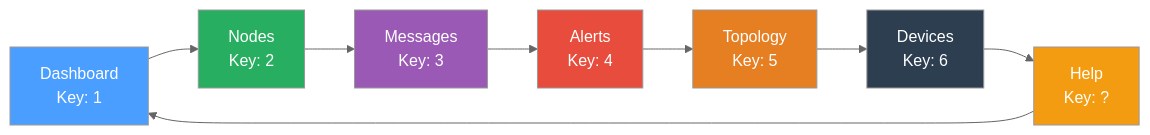
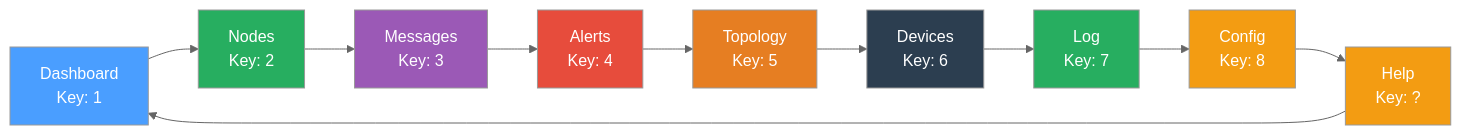
The fifth of 5 diagrams in README.md (Nursedude/meshing_around_meshforge), drawn with Mermaid (neutral theme) before and after one commit. The commit also changed other lines of this file, not shown here.

First line of the commit message:
docs: update README for v0.6.0 — 51 commands, config editor, 9 screens

````diff
--- a/README.md
+++ b/README.md
@@ -507,18 +550,22 @@
 ```mermaid
 graph LR
     D[Dashboard<br/>Key: 1] --> N[Nodes<br/>Key: 2]
     N --> M[Messages<br/>Key: 3]
     M --> A[Alerts<br/>Key: 4]
     A --> T[Topology<br/>Key: 5]
     T --> DV[Devices<br/>Key: 6]
-    DV --> H[Help<br/>Key: ?]
+    DV --> L[Log<br/>Key: 7]
+    L --> CF[Config<br/>Key: 8]
+    CF --> H[Help<br/>Key: ?]
     H --> D
 
     style D fill:#4a9eff,color:#fff
     style N fill:#27ae60,color:#fff
     style M fill:#9b59b6,color:#fff
     style A fill:#e74c3c,color:#fff
     style T fill:#e67e22,color:#fff
     style DV fill:#2c3e50,color:#fff
+    style L fill:#27ae60,color:#fff
+    style CF fill:#f39c12,color:#fff
     style H fill:#f39c12,color:#fff
 ```
````
